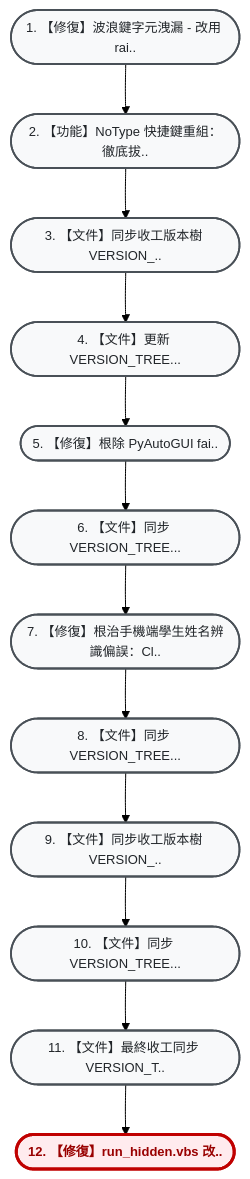
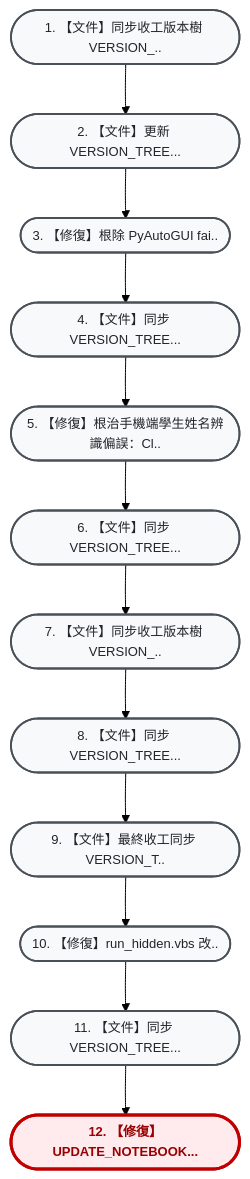
The diagram in VERSION_TREE.md (hjen8/NoType-Scribe), drawn with Mermaid (forest theme) before and after one commit. The commit also changed other lines of this file, not shown here.

Commit message:
docs: 同步 VERSION_TREE.md 版本樹

````diff
--- a/VERSION_TREE.md
+++ b/VERSION_TREE.md
@@ -13,30 +13,30 @@
 ```mermaid
 flowchart TD
     %% 雙壁版本樹專用視覺化配色風格 (由上而下 TD 垂直大字純中文版)
     classDef default fill:#f8f9fa,stroke:#495057,stroke-width:1.8px,color:#212529,font-size:13px;
     classDef current fill:#ffebee,stroke:#c00000,stroke-width:3px,color:#900,font-weight:bold,font-size:13px;
     classDef mergeNode fill:#e3f2fd,stroke:#1565c0,stroke-width:2px,color:#0d47a1,font-size:13px;
-    n_3a6b4ee(["1. 【修復】波浪鍵字元洩漏 - 改用 rai.."]):::default
-    n_112030c(["2. 【功能】NoType 快捷鍵重組：徹底拔.."]):::default
-    n_fde5927(["3. 【文件】同步收工版本樹 VERSION_.."]):::default
-    n_d139599(["4. 【文件】更新 VERSION_TREE..."]):::default
-    n_9ebe870(["5. 【修復】根除 PyAutoGUI fai.."]):::default
-    n_9480dc7(["6. 【文件】同步 VERSION_TREE..."]):::default
-    n_e1c1c9f(["7. 【修復】根治手機端學生姓名辨識偏誤：Cl.."]):::default
-    n_b75d44f(["8. 【文件】同步 VERSION_TREE..."]):::default
-    n_79089d2(["9. 【文件】同步收工版本樹 VERSION_.."]):::default
-    n_0029f92(["10. 【文件】同步 VERSION_TREE..."]):::default
-    n_aa9902c(["11. 【文件】最終收工同步 VERSION_T.."]):::default
-    n_fcd881b(["12. 【修復】run_hidden.vbs 改.."]):::current
-    n_3a6b4ee --> n_112030c
-    n_112030c --> n_fde5927
+    n_fde5927(["1. 【文件】同步收工版本樹 VERSION_.."]):::default
+    n_d139599(["2. 【文件】更新 VERSION_TREE..."]):::default
+    n_9ebe870(["3. 【修復】根除 PyAutoGUI fai.."]):::default
+    n_9480dc7(["4. 【文件】同步 VERSION_TREE..."]):::default
+    n_e1c1c9f(["5. 【修復】根治手機端學生姓名辨識偏誤：Cl.."]):::default
+    n_b75d44f(["6. 【文件】同步 VERSION_TREE..."]):::default
+    n_79089d2(["7. 【文件】同步收工版本樹 VERSION_.."]):::default
+    n_0029f92(["8. 【文件】同步 VERSION_TREE..."]):::default
+    n_aa9902c(["9. 【文件】最終收工同步 VERSION_T.."]):::default
+    n_fcd881b(["10. 【修復】run_hidden.vbs 改.."]):::default
+    n_2a21125(["11. 【文件】同步 VERSION_TREE..."]):::default
+    n_a22a9d3(["12. 【修復】UPDATE_NOTEBOOK..."]):::current
     n_fde5927 --> n_d139599
     n_d139599 --> n_9ebe870
     n_9ebe870 --> n_9480dc7
     n_9480dc7 --> n_e1c1c9f
     n_e1c1c9f --> n_b75d44f
     n_b75d44f --> n_79089d2
     n_79089d2 --> n_0029f92
     n_0029f92 --> n_aa9902c
     n_aa9902c --> n_fcd881b
+    n_fcd881b --> n_2a21125
+    n_2a21125 --> n_a22a9d3
 ```
````
